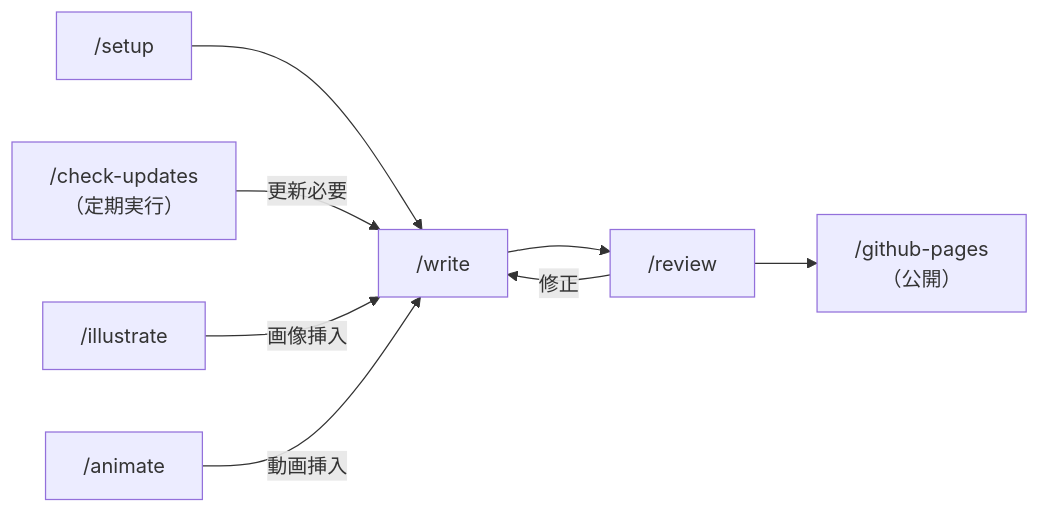
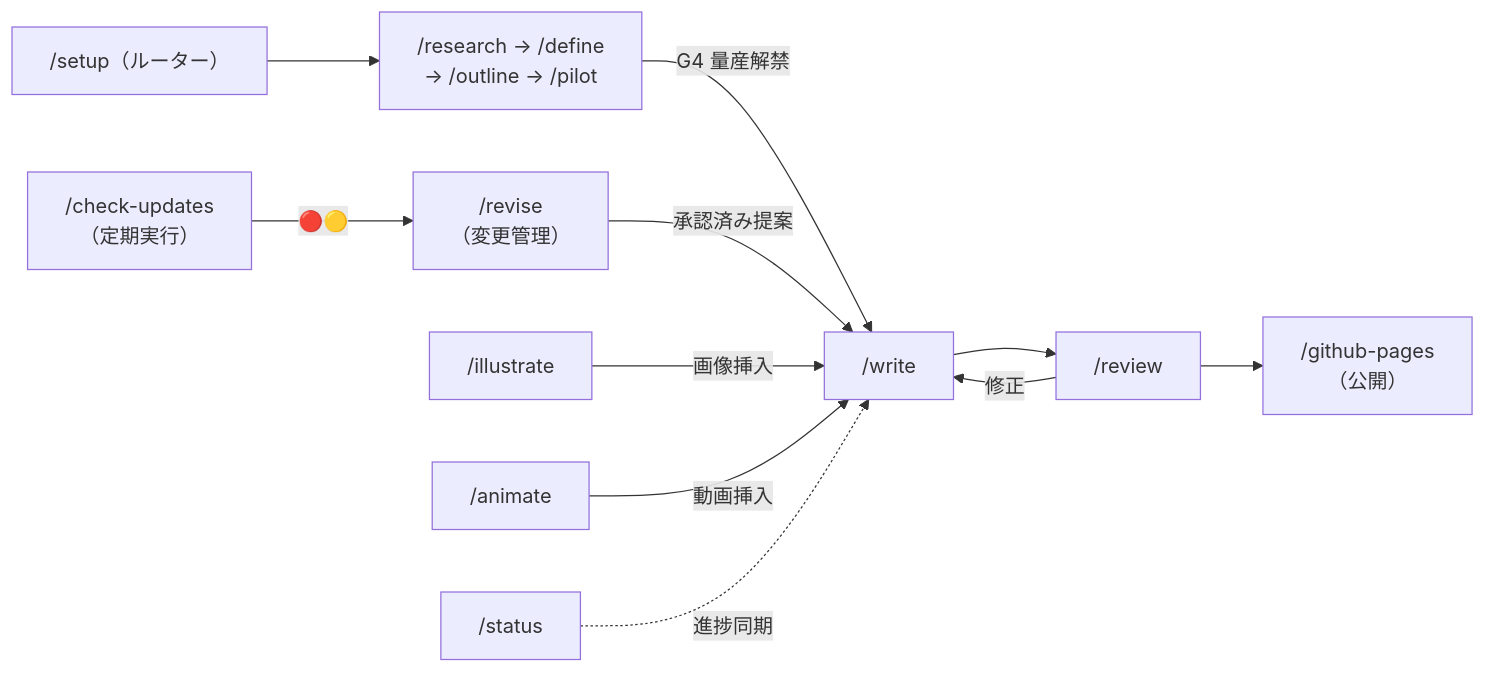
One commit to yotaro0616/curriculum-writer changed the fourth of 4 diagrams in README.md. Above: the diagram before and after it, drawn with Mermaid. The commit also changed other lines of this file and 17 other files, not shown here.

First line of the commit message:
上流工程の再設計: 4フェーズ+ゲート・OUTLINE骨子JIT・/revise 変更管理 (refs #55 #56 #62)

````diff
--- a/README.md
+++ b/README.md
@@ -183,10 +192,13 @@
 ```mermaid
 flowchart LR
-    setup["/setup"] --> write["/write"]
+    setup["/setup（ルーター）"] --> up["/research → /define\n→ /outline → /pilot"]
+    up -->|G4 量産解禁| write["/write"]
     write --> review["/review"]
     review -->|修正| write
     review --> publish["/github-pages\n（公開）"]
-    check["/check-updates\n（定期実行）"] -->|更新必要| write
+    check["/check-updates\n（定期実行）"] -->|🔴🟡| revise["/revise\n（変更管理）"]
+    revise -->|承認済み提案| write
     illustrate["/illustrate"] -->|画像挿入| write
     animate["/animate"] -->|動画挿入| write
+    status["/status"] -.->|進捗同期| write
 ```
````
